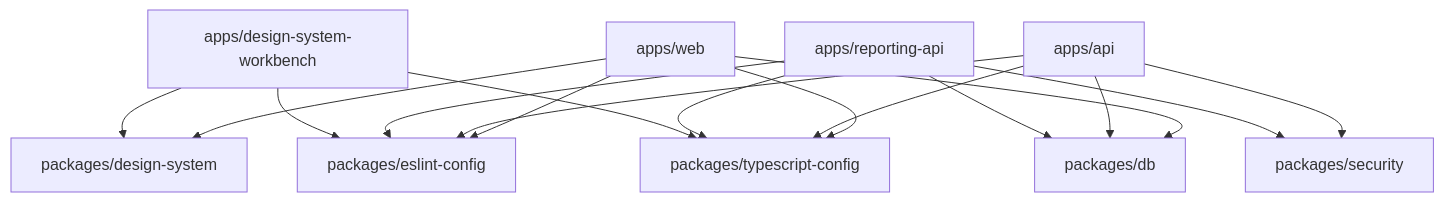
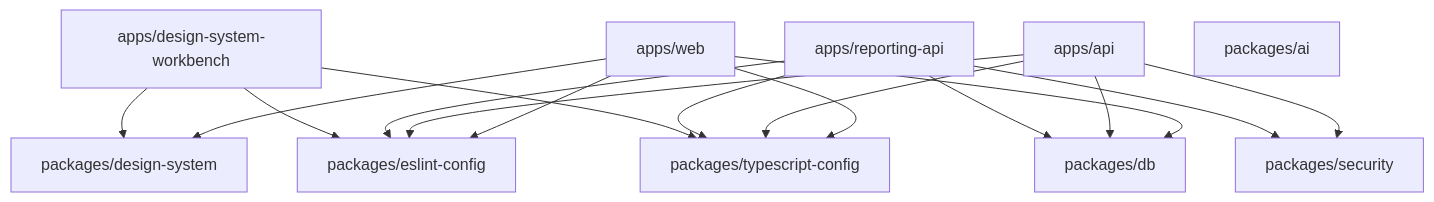
Before and after one commit to hlebtkachenko/analytics: the third of 4 diagrams in ARCHITECTURE.md, drawn with Mermaid. The commit also changed other lines of this file and 23 other files, not shown here.

````diff
--- a/ARCHITECTURE.md
+++ b/ARCHITECTURE.md
@@ -57,28 +57,29 @@
 ```mermaid
 flowchart TD
   web[apps/web]
   api[apps/api]
   reporting[apps/reporting-api]
   workbench[apps/design-system-workbench]
   design[packages/design-system]
+  ai[packages/ai]
   db[packages/db]
   security[packages/security]
   eslint[packages/eslint-config]
   typescript[packages/typescript-config]
 
   web --> eslint
   web --> typescript
   web --> design
   web --> db
   api --> eslint
   api --> typescript
   api --> db
   api --> security
   reporting --> eslint
   reporting --> typescript
   reporting --> db
   reporting --> security
   workbench --> eslint
   workbench --> typescript
   workbench --> design
 ```
````
